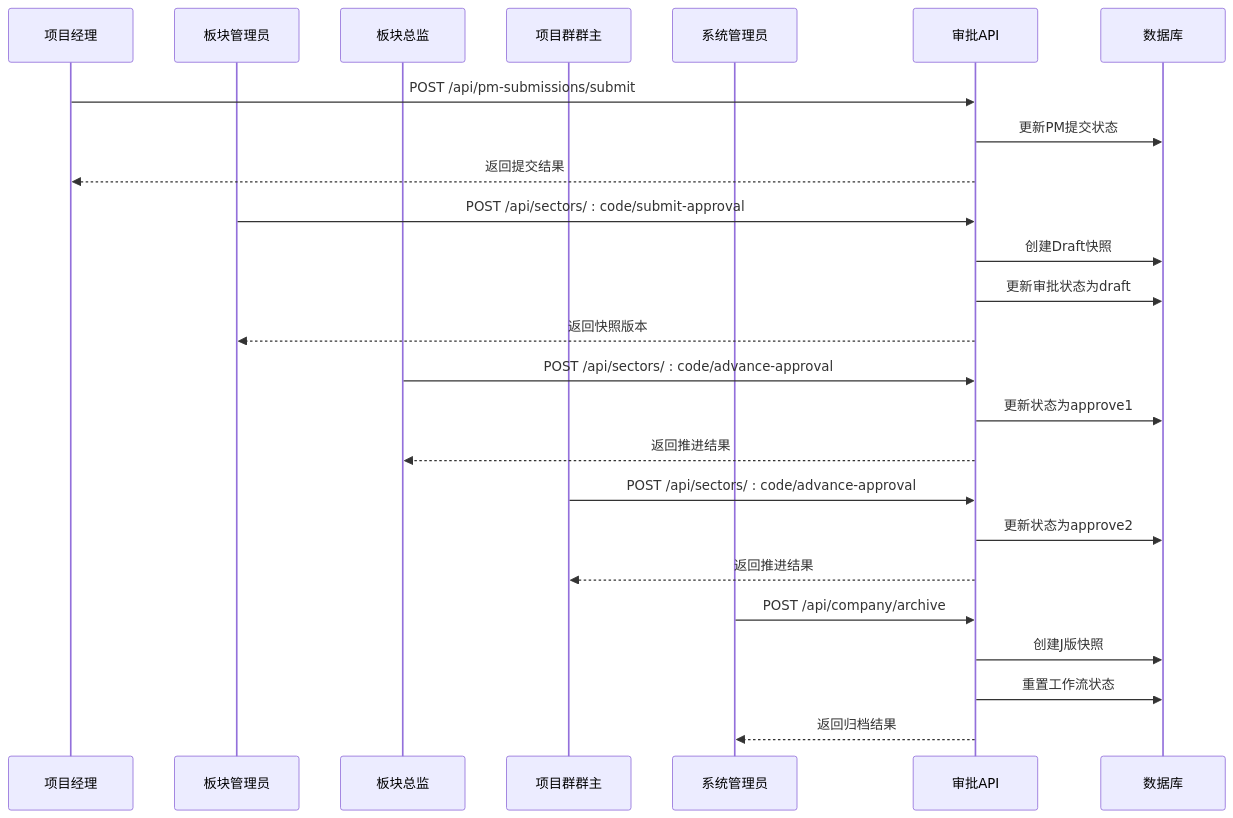
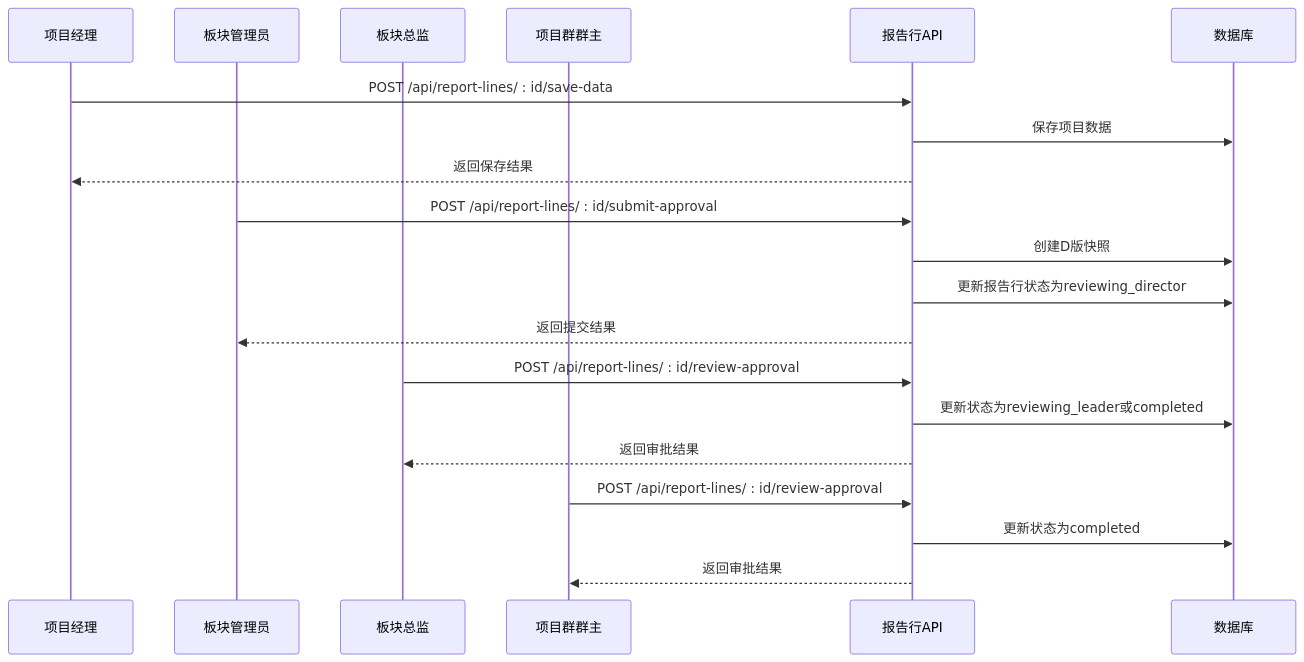
The second of 4 diagrams in .qoder/repowiki/zh/content/API接口文档/审批流程API.md (marcelxu0272/202605_project-tracking-table), drawn with Mermaid before and after one commit. The commit also changed other lines of this file and 17 other files, not shown here.

````diff
--- a/.qoder/repowiki/zh/content/API接口文档/审批流程API.md
+++ b/.qoder/repowiki/zh/content/API接口文档/审批流程API.md
@@ -110,27 +129,22 @@
 ```mermaid
 sequenceDiagram
 participant PM as 项目经理
 participant SectorAdmin as 板块管理员
 participant Director as 板块总监
 participant GroupLeader as 项目群群主
-participant SystemAdmin as 系统管理员
-participant API as 审批API
+participant API as 报告行API
 participant DB as 数据库
-PM->>API : POST /api/pm-submissions/submit
-API->>DB : 更新PM提交状态
-API-->>PM : 返回提交结果
-SectorAdmin->>API : POST /api/sectors/ : code/submit-approval
-API->>DB : 创建Draft快照
-API->>DB : 更新审批状态为draft
-API-->>SectorAdmin : 返回快照版本
-Director->>API : POST /api/sectors/ : code/advance-approval
-API->>DB : 更新状态为approve1
-API-->>Director : 返回推进结果
-GroupLeader->>API : POST /api/sectors/ : code/advance-approval
-API->>DB : 更新状态为approve2
-API-->>GroupLeader : 返回推进结果
-SystemAdmin->>API : POST /api/company/archive
-API->>DB : 创建J版快照
-API->>DB : 重置工作流状态
-API-->>SystemAdmin : 返回归档结果
+PM->>API : POST /api/report-lines/ : id/save-data
+API->>DB : 保存项目数据
+API-->>PM : 返回保存结果
+SectorAdmin->>API : POST /api/report-lines/ : id/submit-approval
+API->>DB : 创建D版快照
+API->>DB : 更新报告行状态为reviewing_director
+API-->>SectorAdmin : 返回提交结果
+Director->>API : POST /api/report-lines/ : id/review-approval
+API->>DB : 更新状态为reviewing_leader或completed
+API-->>Director : 返回审批结果
+GroupLeader->>API : POST /api/report-lines/ : id/review-approval
+API->>DB : 更新状态为completed
+API-->>GroupLeader : 返回审批结果
 ```
````
